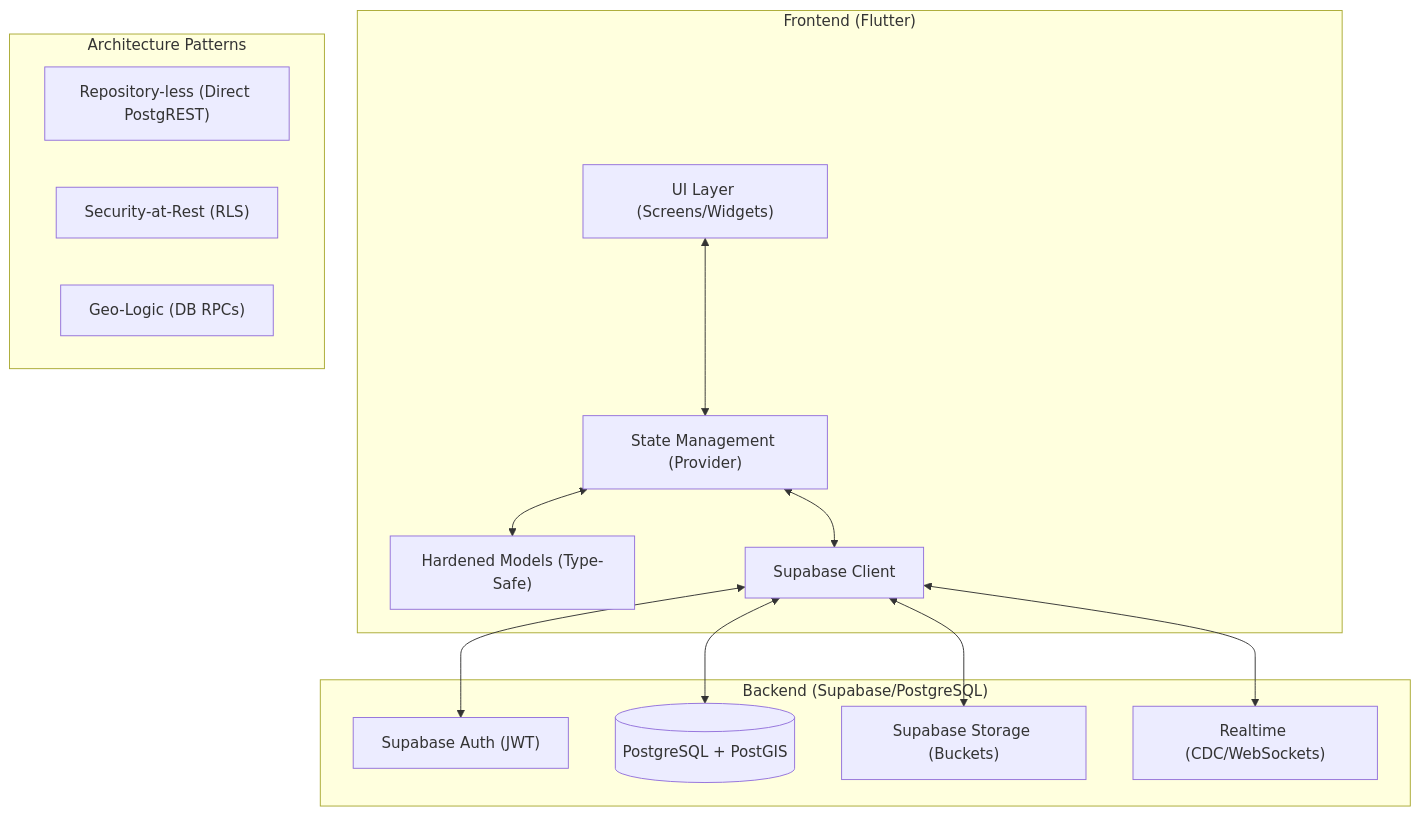
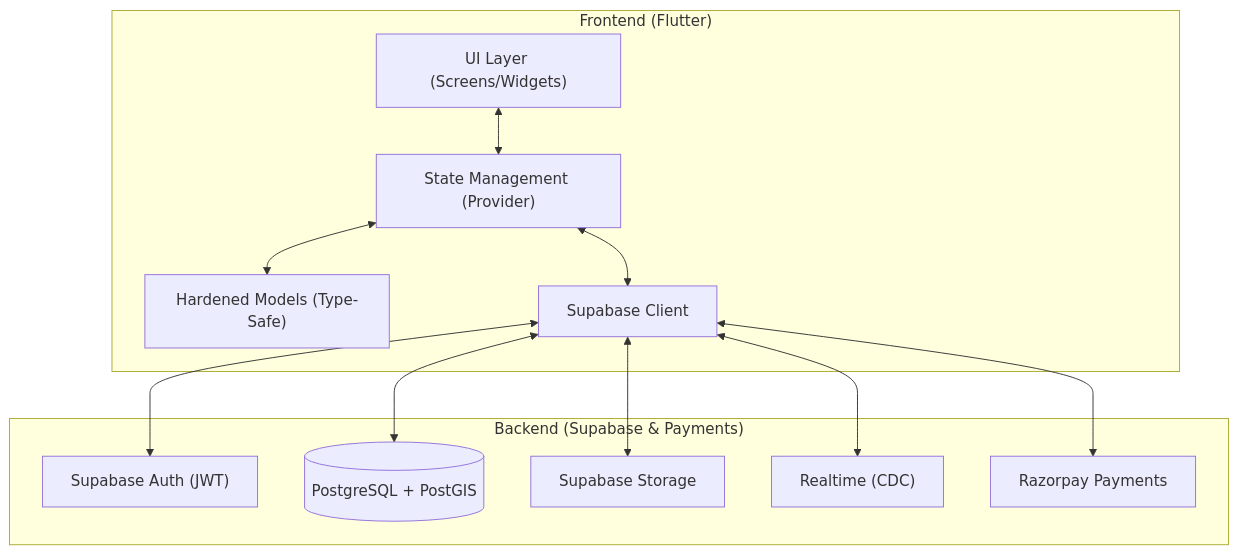
Before and after one commit to just-sid04/proconnect-app: the diagram in README.md, drawn with Mermaid. The commit also changed other lines of this file and 14 other files, not shown here.

````diff
--- a/README.md
+++ b/README.md
@@ -33,31 +43,27 @@
 ```mermaid
 graph TD
     subgraph "Frontend (Flutter)"
         UI["UI Layer (Screens/Widgets)"]
         Prov["State Management (Provider)"]
         Models["Hardened Models (Type-Safe)"]
         SBC["Supabase Client"]
         
         UI <--> Prov
         Prov <--> Models
         Prov <--> SBC
     end
 
-    subgraph "Backend (Supabase/PostgreSQL)"
+    subgraph "Backend (Supabase & Payments)"
         Auth["Supabase Auth (JWT)"]
         DB[("PostgreSQL + PostGIS")]
-        Store["Supabase Storage (Buckets)"]
-        RT["Realtime (CDC/WebSockets)"]
+        Store["Supabase Storage"]
+        RT["Realtime (CDC)"]
+        Razor["Razorpay Payments"]
         
         SBC <--> Auth
         SBC <--> DB
         SBC <--> Store
         SBC <--> RT
-    end
-
-    subgraph "Architecture Patterns"
-        P1["Repository-less (Direct PostgREST)"]
-        P2["Security-at-Rest (RLS)"]
-        P3["Geo-Logic (DB RPCs)"]
+        SBC <--> Razor
     end
 ```
````
